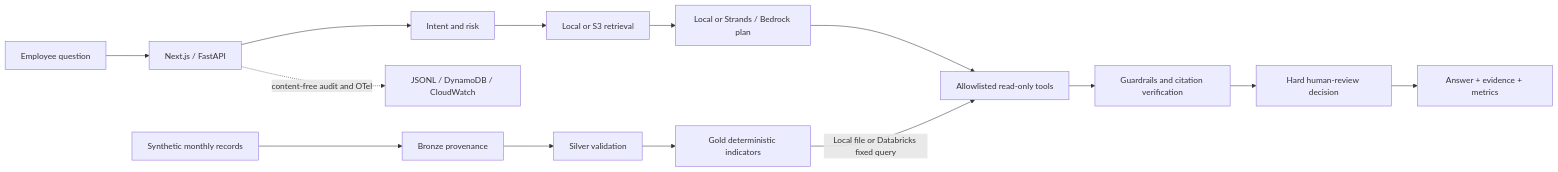
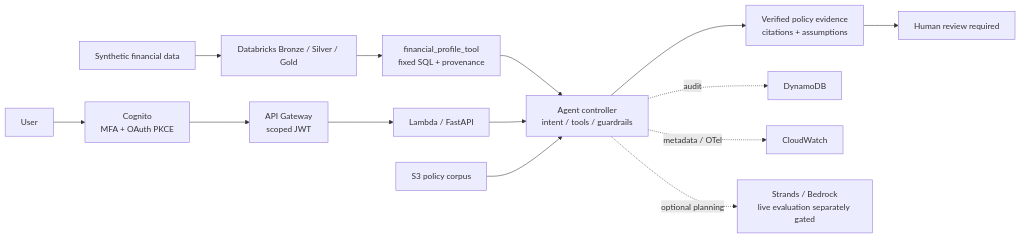
Before and after one commit to 200lz/banking-ai-prototype-lab: the diagram in README.md, drawn with Mermaid. The commit also changed other lines of this file and 23 other files, not shown here.

Commit message:
Complete authenticated validation, scoped cloud cleanup and portfolio evidence

````diff
--- a/README.md
+++ b/README.md
@@ -9,16 +32,16 @@
 ```mermaid
 flowchart LR
-  U[Employee question] --> W[Next.js / FastAPI]
-  W --> I[Intent and risk]
-  I --> R[Local or S3 retrieval]
-  R --> P[Local or Strands / Bedrock plan]
-  P --> T[Allowlisted read-only tools]
-  RAW[Synthetic monthly records] --> B[Bronze provenance]
-  B --> S[Silver validation]
-  S --> GOLD[Gold deterministic indicators]
-  GOLD -->|Local file or Databricks fixed query| T
-  T --> G[Guardrails and citation verification]
-  G --> H[Hard human-review decision]
-  H --> F[Answer + evidence + metrics]
-  W -. content-free audit and OTel .-> O[JSONL / DynamoDB / CloudWatch]
+  RAW[Synthetic financial data] --> DB[Databricks Bronze / Silver / Gold]
+  DB --> FT[financial_profile_tool<br/>fixed SQL + provenance]
+  FT --> C[Agent controller<br/>intent / tools / guardrails]
+  U[User] --> AUTH[Cognito<br/>MFA + OAuth PKCE]
+  AUTH --> GW[API Gateway<br/>scoped JWT]
+  GW --> L[Lambda / FastAPI]
+  L --> C
+  S3[S3 policy corpus] --> C
+  C --> E[Verified policy evidence<br/>citations + assumptions]
+  E --> H[Human review required]
+  C -. audit .-> DDB[DynamoDB]
+  C -. metadata / OTel .-> CW[CloudWatch]
+  C -. optional planning .-> B[Strands / Bedrock<br/>live evaluation separately gated]
 ```
````
